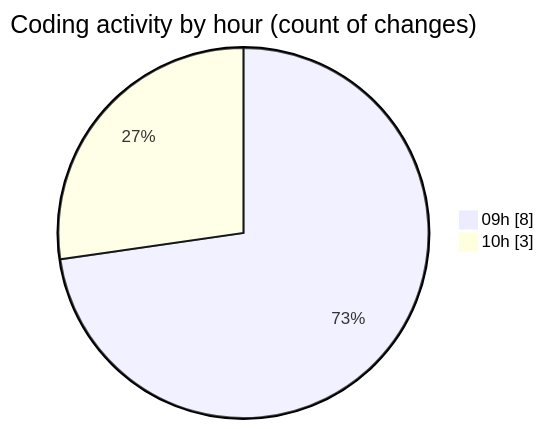
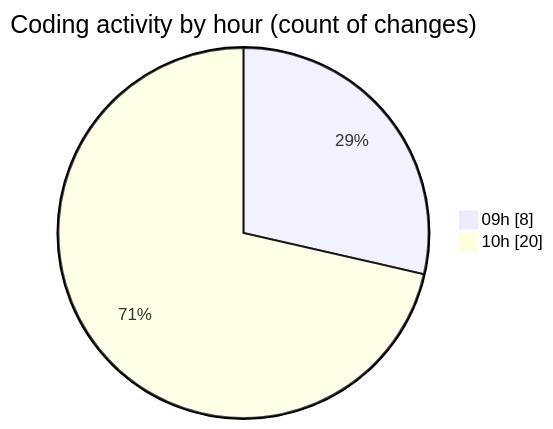
One commit to julien-gomy/code-tracking changed the second of 2 diagrams in 2025-10-09/eventscop-frontend-guide__workspace_/README.md. Above: the diagram before and after it, drawn with Mermaid. The commit also changed other lines of this file and 1 other file, not shown here.

````diff
--- a/2025-10-09/eventscop-frontend-guide__workspace_/README.md
+++ b/2025-10-09/eventscop-frontend-guide__workspace_/README.md
@@ -38,6 +42,6 @@
 ```mermaid
 pie showData
 title Coding activity by hour (count of changes)
 "09h" : 8
-"10h" : 3
+"10h" : 20
 ```
````
